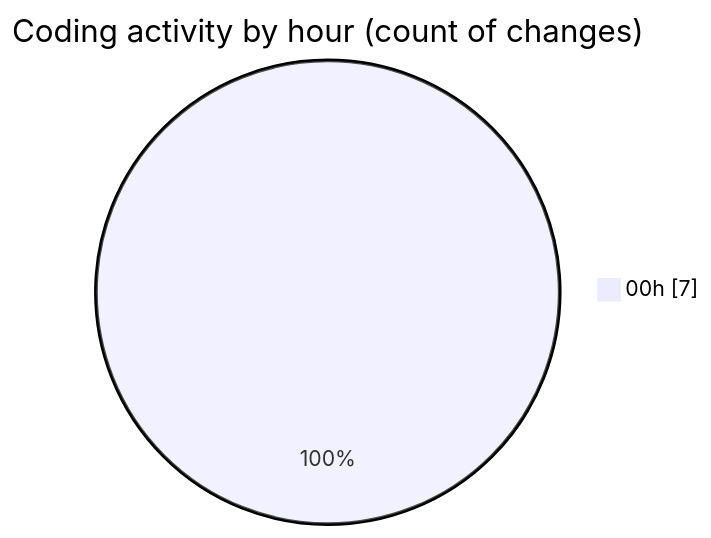
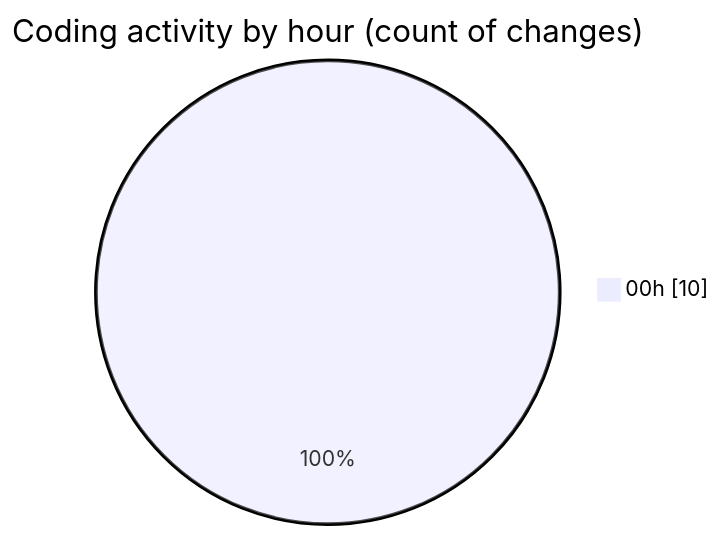
The second of 2 diagrams in 2025-05-27/minisocialnetwork/README.md (NitaiMahat/code-tracking), drawn with Mermaid before and after one commit. The commit also changed other lines of this file and 1 other file, not shown here.

````diff
--- a/2025-05-27/minisocialnetwork/README.md
+++ b/2025-05-27/minisocialnetwork/README.md
@@ -31,5 +33,5 @@
 ```mermaid
 pie showData
 title Coding activity by hour (count of changes)
-"00h" : 7
+"00h" : 10
 ```
````
